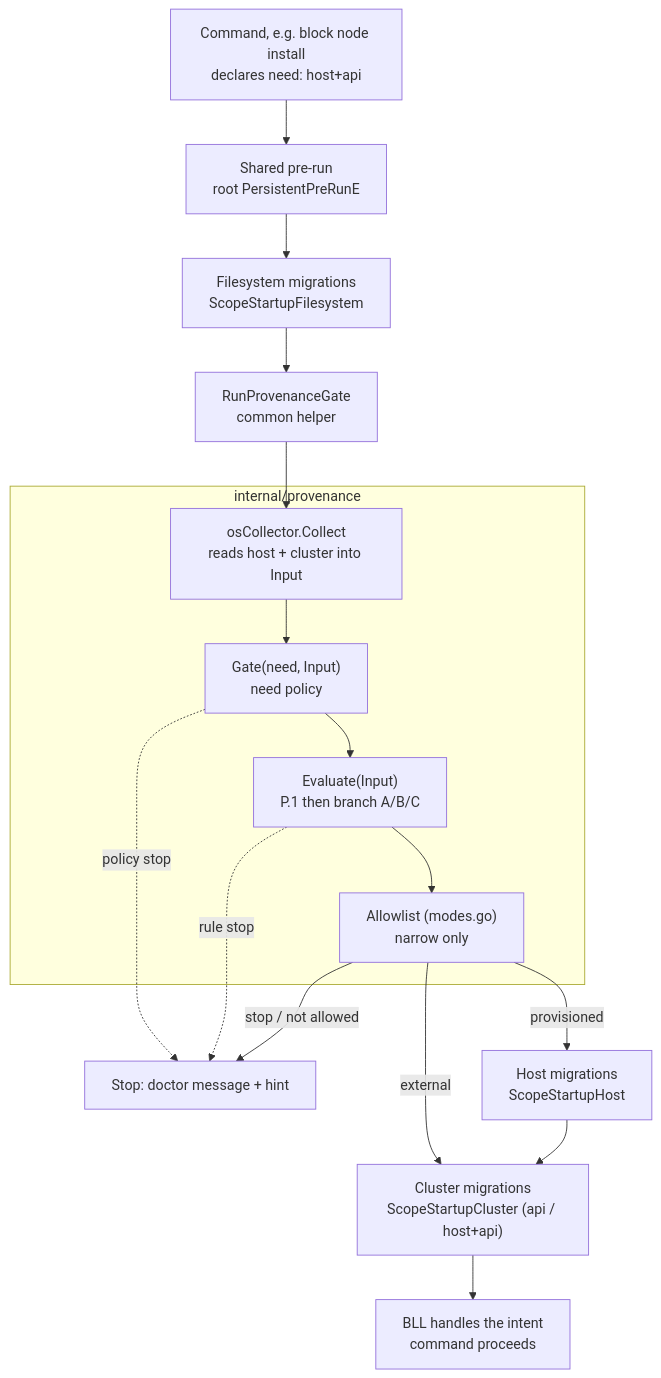
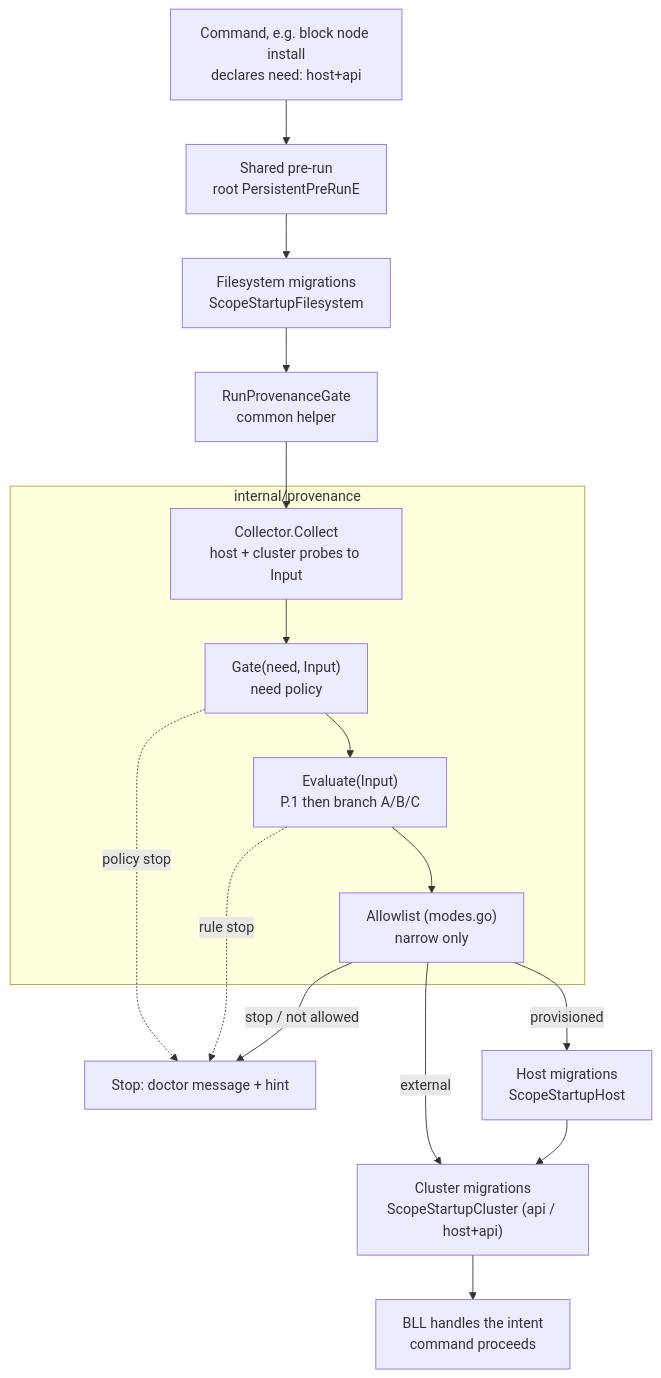
One commit to hashgraph/solo-weaver changed the first of 2 diagrams in docs/dev/provenance-gate.md. Above: the diagram before and after it, drawn with Mermaid. The commit also changed other lines of this file and 4 other files, not shown here.

First line of the commit message:
refactor(provenance): split the collector into composable probes

````diff
--- a/docs/dev/provenance-gate.md
+++ b/docs/dev/provenance-gate.md
@@ -34,19 +34,19 @@
 ```mermaid
 flowchart TD
     cmd["Command, e.g. block node install<br/>declares need: host+api"] --> prerun["Shared pre-run<br/>root PersistentPreRunE"]
     prerun --> fsmig["Filesystem migrations<br/>ScopeStartupFilesystem"]
     fsmig --> rpg["RunProvenanceGate<br/>common helper"]
     rpg --> collect
     subgraph prov ["internal/provenance"]
-        collect["osCollector.Collect<br/>reads host + cluster into Input"] --> gate["Gate(need, Input)<br/>need policy"]
+        collect["Collector.Collect<br/>host + cluster probes to Input"] --> gate["Gate(need, Input)<br/>need policy"]
         gate --> eval["Evaluate(Input)<br/>P.1 then branch A/B/C"]
         eval --> allow["Allowlist (modes.go)<br/>narrow only"]
     end
     gate -. policy stop .-> stop
     eval -. rule stop .-> stop
     allow -->|stop / not allowed| stop["Stop: doctor message + hint"]
     allow -->|external| clustermig["Cluster migrations<br/>ScopeStartupCluster (api / host+api)"]
     allow -->|provisioned| hostmig["Host migrations<br/>ScopeStartupHost"]
     hostmig --> clustermig
     clustermig --> bll["BLL handles the intent<br/>command proceeds"]
 ```
````
